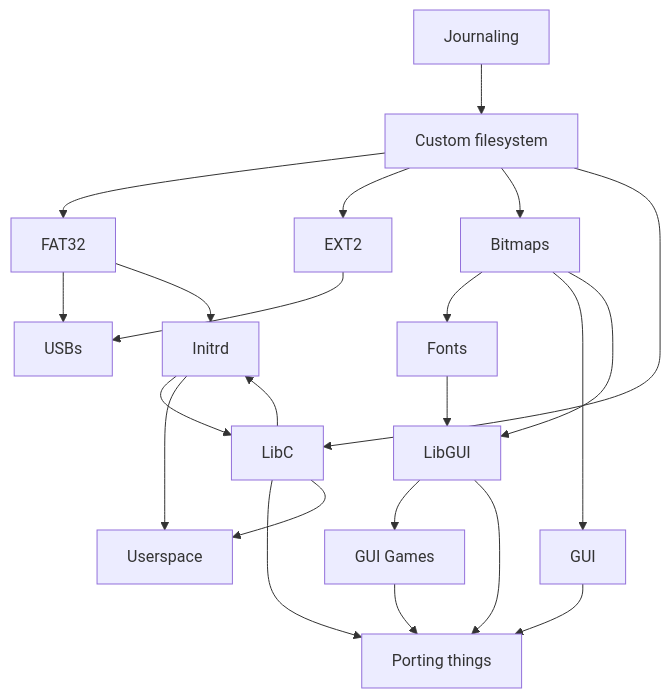
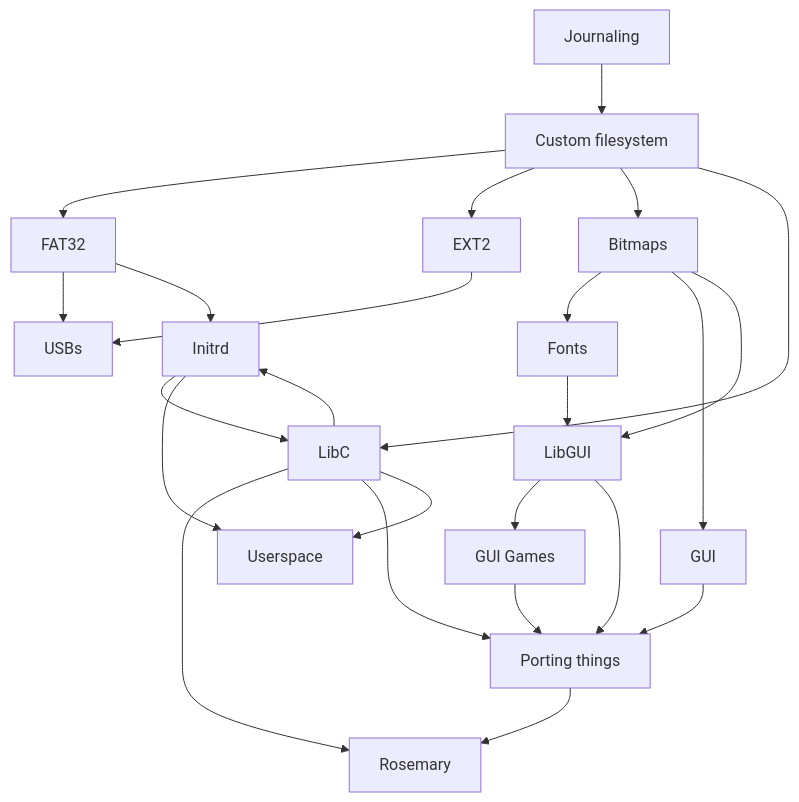
The diagram in README.md (spartanproj/os), drawn with Mermaid before and after one commit.

````diff
--- a/README.md
+++ b/README.md
@@ -35,53 +35,54 @@
 ```mermaid
 
 graph TD
 
 A[Journaling];
 
 B-->C[FAT32];
 
 B-->D[EXT2];
 
 A-->B[Custom filesystem];
 
 E[Bitmaps];
 
 F[Fonts];
 
 B-->E;
 
 E-->F;
 
 E-->G[GUI];
 
 F-->I;
 
 I-->H[GUI Games];
 
 E-->I[LibGUI];
 
 I-->J[Porting things];
 
 H-->J;
 
 G-->J;
 
 B-->L[LibC];
-
+L-->Q[Rosemary];
+J-->Q;
 L-->J;
 
 C-->M[USBs];
 
 D-->M;
 
 L-->P[Userspace];
 
 C-->O[Initrd];
 
 O-->L;
 
 L-->O;
 
 O-->P;
 
 ```
````
